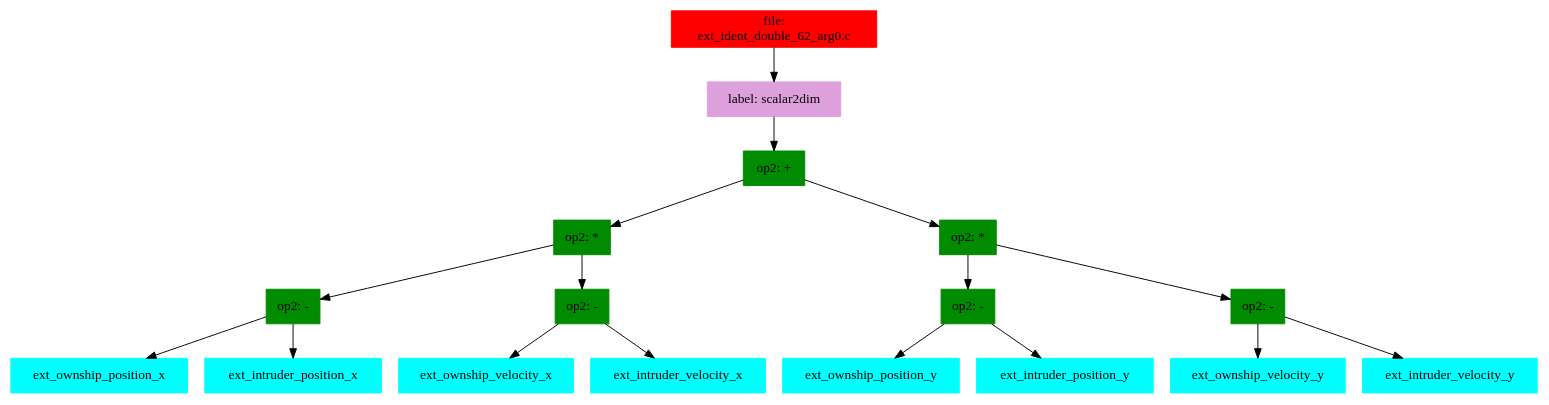
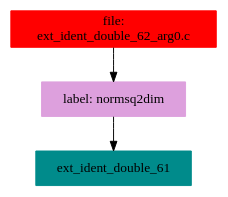
One commit to Copilot-Language/examplesForACSL changed the diagram in example36/copilot-sbv-codegen/ext_ident_double_62_arg0.c.gv. Above: the diagram before and after it, drawn with Graphviz. The commit also changed 5241 other files, not shown here.

```diff
--- a/example36/copilot-sbv-codegen/ext_ident_double_62_arg0.c.gv
+++ b/example36/copilot-sbv-codegen/ext_ident_double_62_arg0.c.gv
@@ -1,40 +1,12 @@
 digraph G {
 node [shape=box]
 
 0 [label="file: 
 ext_ident_double_62_arg0.c",color=red, style=filled]
-1 [label="label: scalar2dim",color=plum, style=filled]
+1 [label="label: normsq2dim",color=plum, style=filled]
 0 -> 1
-2 [label="op2: +",color=green4, style=filled]
+2 [label="ext_ident_double_61",color=cyan4, style=filled]
 1 -> 2
-3 [label="op2: *",color=green4, style=filled]
-2 -> 3
-4 [label="op2: -",color=green4, style=filled]
-3 -> 4
-5 [label="ext_ownship_position_x",color=cyan1, style=filled]
-4 -> 5
-6 [label="ext_intruder_position_x",color=cyan1, style=filled]
-4 -> 6
-7 [label="op2: -",color=green4, style=filled]
-3 -> 7
-8 [label="ext_ownship_velocity_x",color=cyan1, style=filled]
-7 -> 8
-9 [label="ext_intruder_velocity_x",color=cyan1, style=filled]
-7 -> 9
-10 [label="op2: *",color=green4, style=filled]
-2 -> 10
-11 [label="op2: -",color=green4, style=filled]
-10 -> 11
-12 [label="ext_ownship_position_y",color=cyan1, style=filled]
-11 -> 12
-13 [label="ext_intruder_position_y",color=cyan1, style=filled]
-11 -> 13
-14 [label="op2: -",color=green4, style=filled]
-10 -> 14
-15 [label="ext_ownship_velocity_y",color=cyan1, style=filled]
-14 -> 15
-16 [label="ext_intruder_velocity_y",color=cyan1, style=filled]
-14 -> 16
 
 
 }
```
